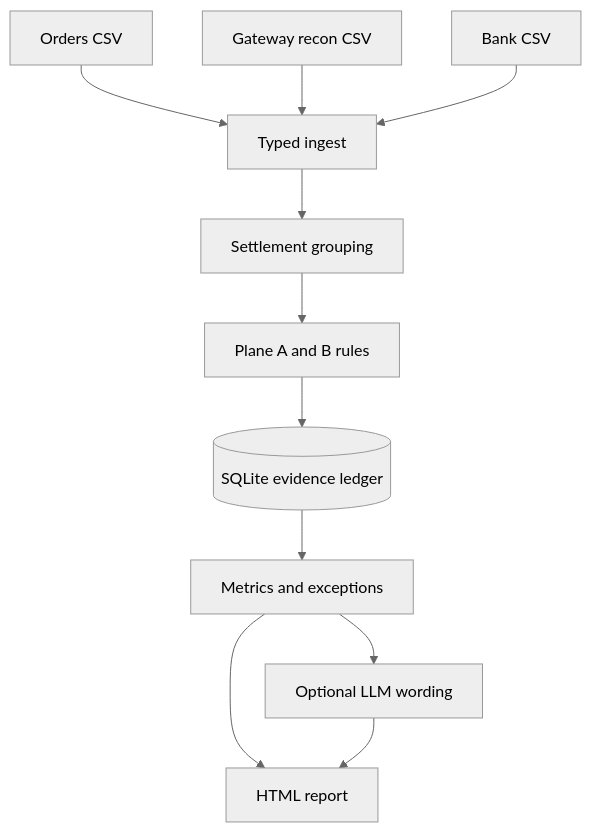
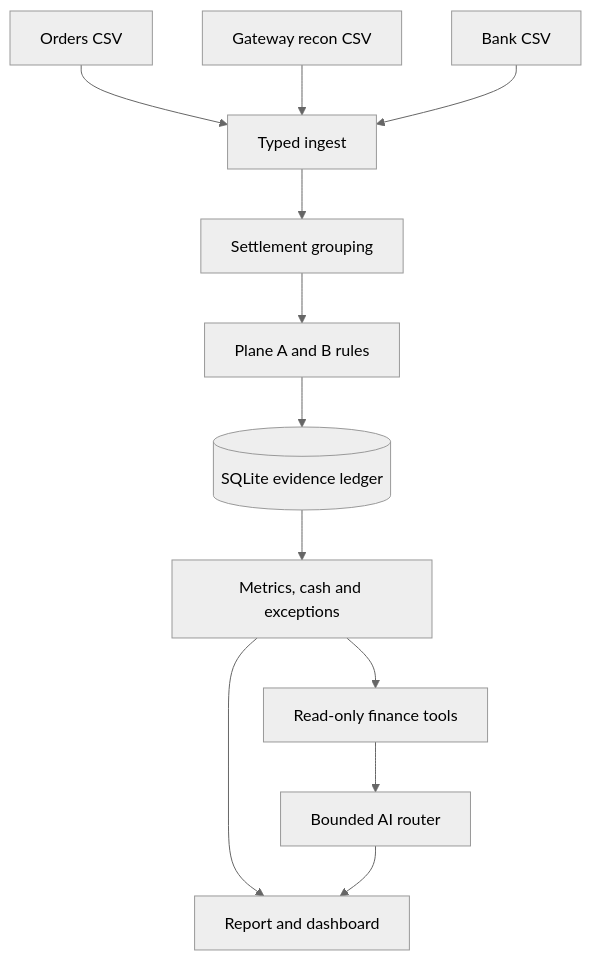
Before and after one commit to saitejacodes/milaaan: the diagram in README.md, drawn with Mermaid (neutral theme). The commit also changed other lines of this file and 14 other files, not shown here.

````diff
--- a/README.md
+++ b/README.md
@@ -35,13 +46,14 @@
 ```mermaid
 flowchart TD
   A[Orders CSV] --> D[Typed ingest]
   B[Gateway recon CSV] --> D
   C[Bank CSV] --> D
   D --> E[Settlement grouping]
   E --> F[Plane A and B rules]
   F --> G[(SQLite evidence ledger)]
-  G --> H[Metrics and exceptions]
-  H --> I[Optional LLM wording]
-  H --> J[HTML report]
-  I --> J
+  G --> H[Metrics, cash and exceptions]
+  H --> I[Read-only finance tools]
+  I --> J[Bounded AI router]
+  H --> K[Report and dashboard]
+  J --> K
 ```
````
